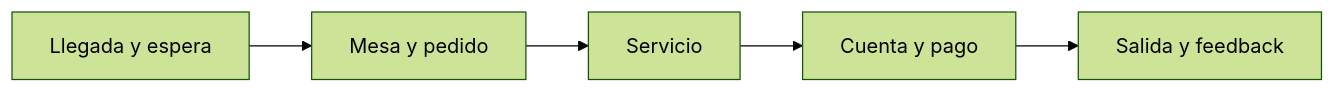
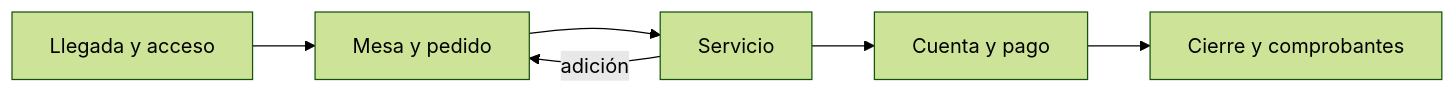
Before and after one commit to milkmantree/hungria: the diagram in docs/flujos/README.md, drawn with Mermaid (forest theme). The commit also changed other lines of this file and 21 other files, not shown here.

````diff
--- a/docs/flujos/README.md
+++ b/docs/flujos/README.md
@@ -11,4 +11,5 @@
 ```mermaid
 flowchart LR
-    A[Llegada y espera] --> B[Mesa y pedido] --> C[Servicio] --> D[Cuenta y pago] --> E[Salida y feedback]
+    A[Llegada y acceso] --> B[Mesa y pedido] --> C[Servicio] --> D[Cuenta y pago] --> E[Cierre y comprobantes]
+    C -->|adición| B
 ```
````
